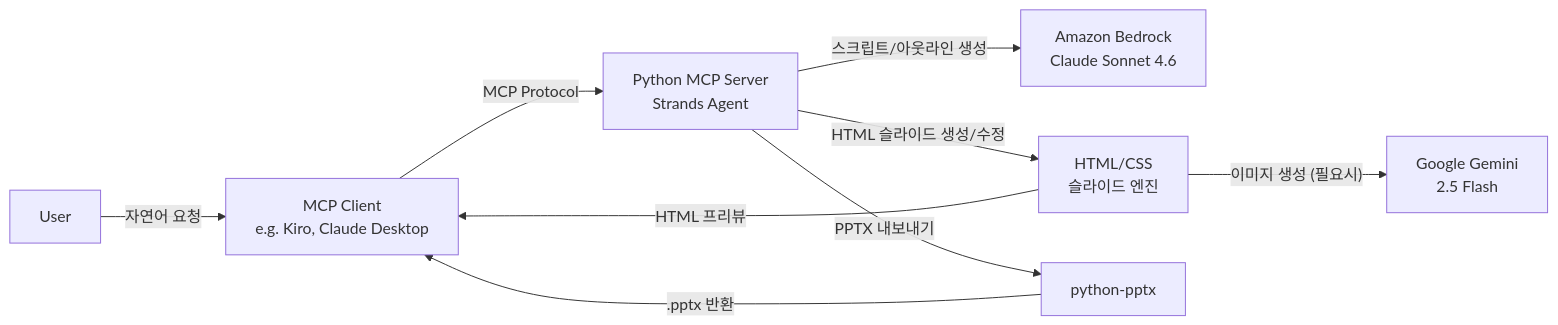
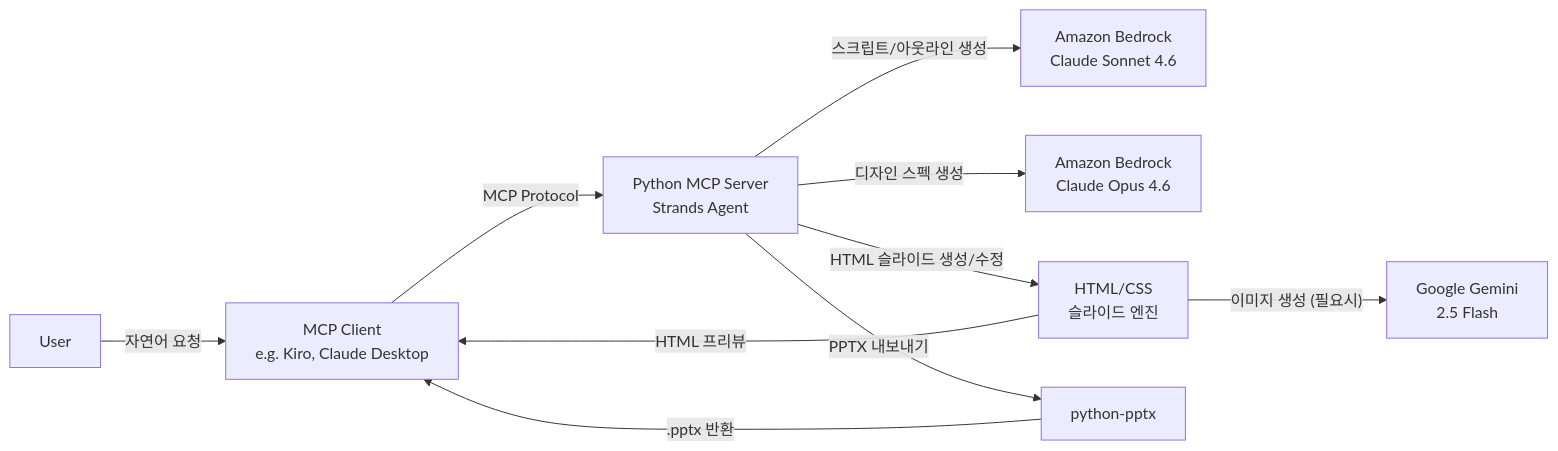
The first of 3 diagrams in docs/ppt-generator.alps.md (haandol/ppt-generator), drawn with Mermaid before and after one commit. The commit also changed other lines of this file and 10 other files, not shown here.

First line of the commit message:
chore(design): change design spec model to Claude Opus 4.6

````diff
--- a/docs/ppt-generator.alps.md
+++ b/docs/ppt-generator.alps.md
@@ -103,11 +103,12 @@
 ```mermaid
 flowchart LR
     User -- "자연어 요청" --> MCPClient[MCP Client\ne.g. Kiro, Claude Desktop]
     MCPClient -- "MCP Protocol" --> MCPServer[Python MCP Server\nStrands Agent]
     MCPServer -- "스크립트/아웃라인 생성" --> Bedrock[Amazon Bedrock\nClaude Sonnet 4.6]
+    MCPServer -- "디자인 스펙 생성" --> BedrockOpus[Amazon Bedrock\nClaude Opus 4.6]
     MCPServer -- "HTML 슬라이드 생성/수정" --> HTMLEngine[HTML/CSS\n슬라이드 엔진]
     HTMLEngine -- "이미지 생성 (필요시)" --> Gemini[Google Gemini\n2.5 Flash]
     MCPServer -- "PPTX 내보내기" --> PythonPptx[python-pptx]
     HTMLEngine -- "HTML 프리뷰" --> MCPClient
     PythonPptx -- ".pptx 반환" --> MCPClient
 ```
````
